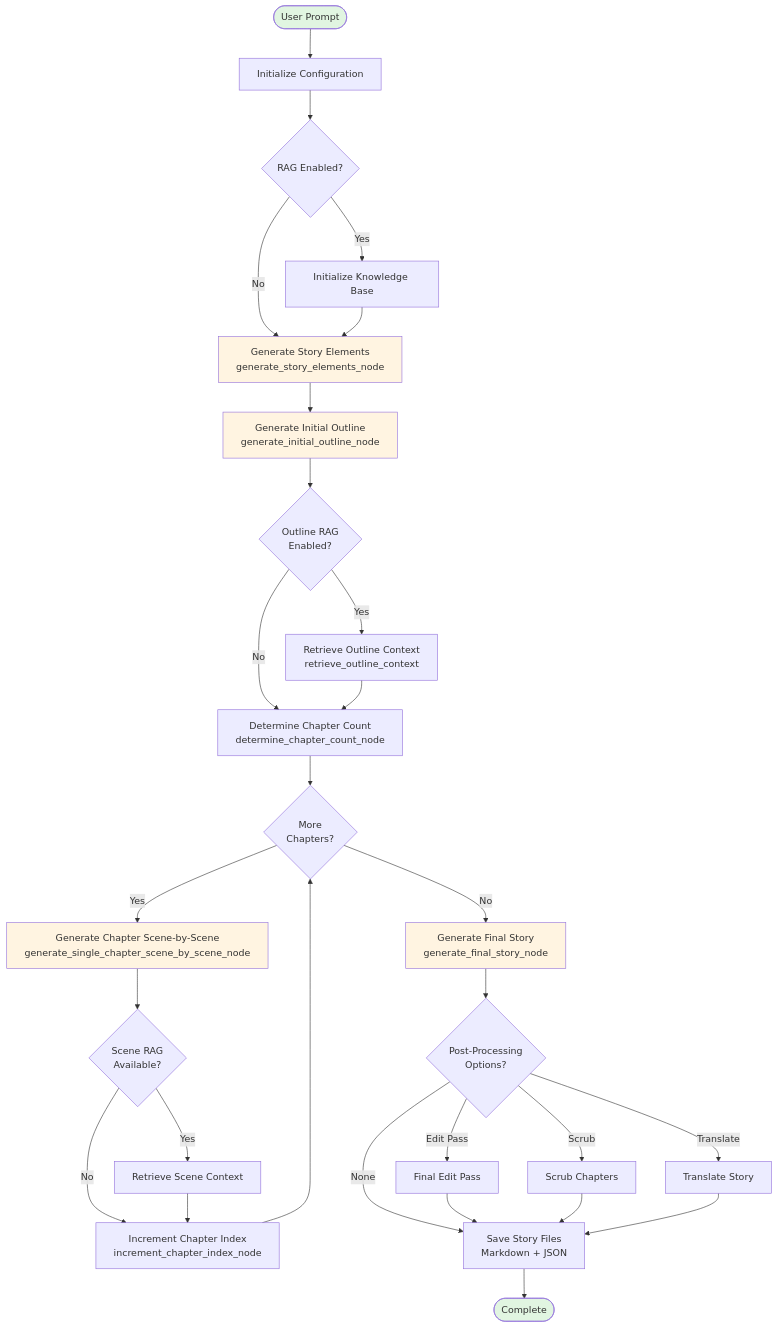
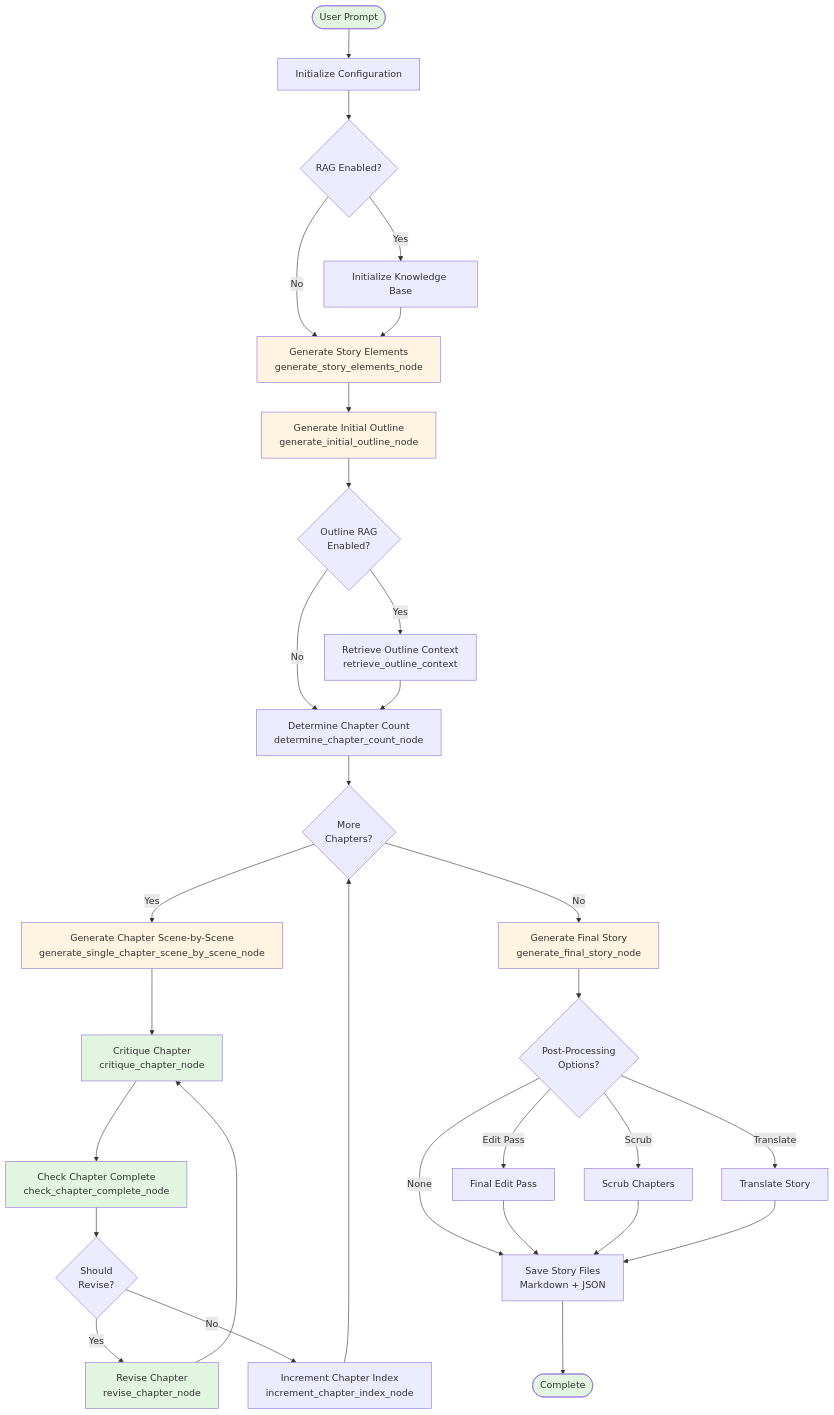
The first of 2 diagrams in rispecs/ApplicationLogic_Diagrams.md (jgwill/storytelling), drawn with Mermaid before and after one commit. The commit also changed other lines of this file and 1 other file, not shown here.

Commit message:
Adding issue chapter-min-revisions Repo: jgwill/storytelling Title: chapter-min-revisions Description: Description of chapter-min-revisions Issue URL: https://github.com/jgwill/storytelling/issues/12 issue_id: 12 * jgwill/storytelling#12 issue #12

````diff
--- a/rispecs/ApplicationLogic_Diagrams.md
+++ b/rispecs/ApplicationLogic_Diagrams.md
@@ -9,44 +9,49 @@
 ```mermaid
 graph TD
     Start([User Prompt]) --> Config[Initialize Configuration]
     Config --> RAG{RAG Enabled?}
     RAG -->|Yes| InitRAG[Initialize Knowledge Base]
     RAG -->|No| StoryElements
     InitRAG --> StoryElements
-    
+
     StoryElements[Generate Story Elements<br/>generate_story_elements_node] --> Outline[Generate Initial Outline<br/>generate_initial_outline_node]
-    
+
     Outline --> OutlineRAG{Outline RAG<br/>Enabled?}
     OutlineRAG -->|Yes| RetrieveOutline[Retrieve Outline Context<br/>retrieve_outline_context]
     OutlineRAG -->|No| ChapterCount
     RetrieveOutline --> ChapterCount
-    
+
     ChapterCount[Determine Chapter Count<br/>determine_chapter_count_node] --> ChapterLoop{More<br/>Chapters?}
-    
+
     ChapterLoop -->|Yes| GenChapter[Generate Chapter Scene-by-Scene<br/>generate_single_chapter_scene_by_scene_node]
-    GenChapter --> SceneRAG{Scene RAG<br/>Available?}
-    SceneRAG -->|Yes| RetrieveScene[Retrieve Scene Context]
-    SceneRAG -->|No| IncrementChapter
-    RetrieveScene --> IncrementChapter
+    GenChapter --> CritiqueChapter[Critique Chapter<br/>critique_chapter_node]
+    CritiqueChapter --> CheckComplete[Check Chapter Complete<br/>check_chapter_complete_node]
+    CheckComplete --> RevisionCheck{Should<br/>Revise?}
+    RevisionCheck -->|Yes| ReviseChapter[Revise Chapter<br/>revise_chapter_node]
+    ReviseChapter --> CritiqueChapter
+    RevisionCheck -->|No| IncrementChapter
     IncrementChapter[Increment Chapter Index<br/>increment_chapter_index_node] --> ChapterLoop
-    
+
     ChapterLoop -->|No| FinalStory[Generate Final Story<br/>generate_final_story_node]
-    
+
     FinalStory --> PostProcess{Post-Processing<br/>Options?}
     PostProcess -->|Edit Pass| EditPass[Final Edit Pass]
     PostProcess -->|Scrub| Scrub[Scrub Chapters]
     PostProcess -->|Translate| Translate[Translate Story]
     PostProcess -->|None| Output
     EditPass --> Output
     Scrub --> Output
     Translate --> Output
-    
+
     Output[Save Story Files<br/>Markdown + JSON] --> End([Complete])
-    
+
     style Start fill:#e1f5e1
     style End fill:#e1f5e1
     style StoryElements fill:#fff4e1
     style Outline fill:#fff4e1
     style GenChapter fill:#fff4e1
+    style CritiqueChapter fill:#e1f5e1
+    style CheckComplete fill:#e1f5e1
+    style ReviseChapter fill:#e1f5e1
     style FinalStory fill:#fff4e1
 ```
````
